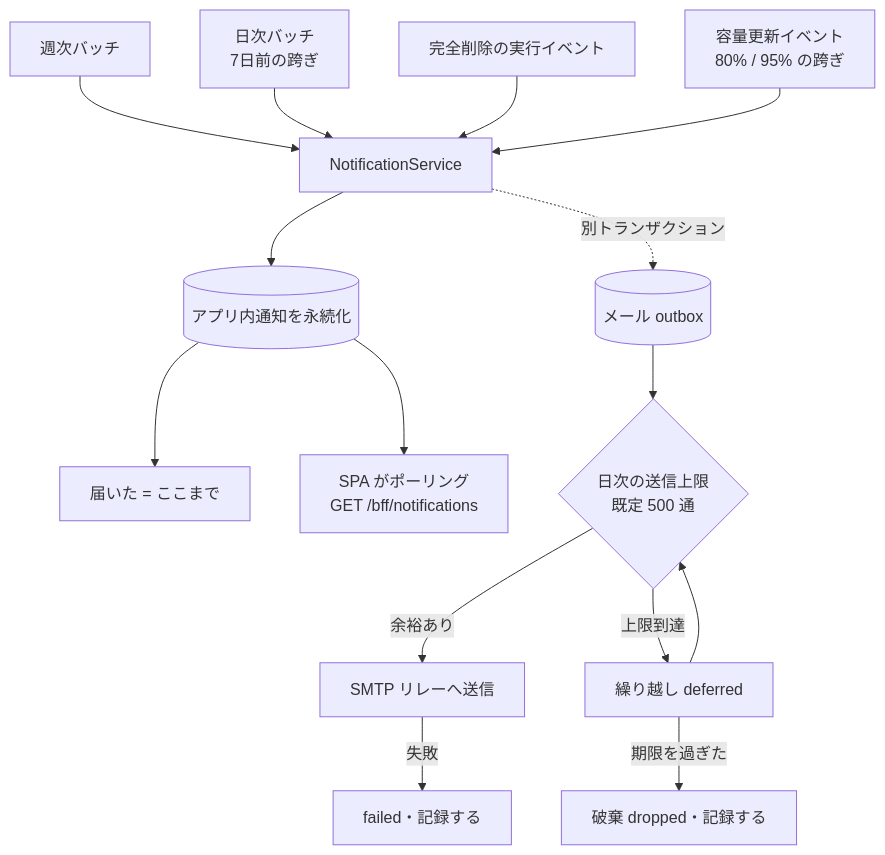
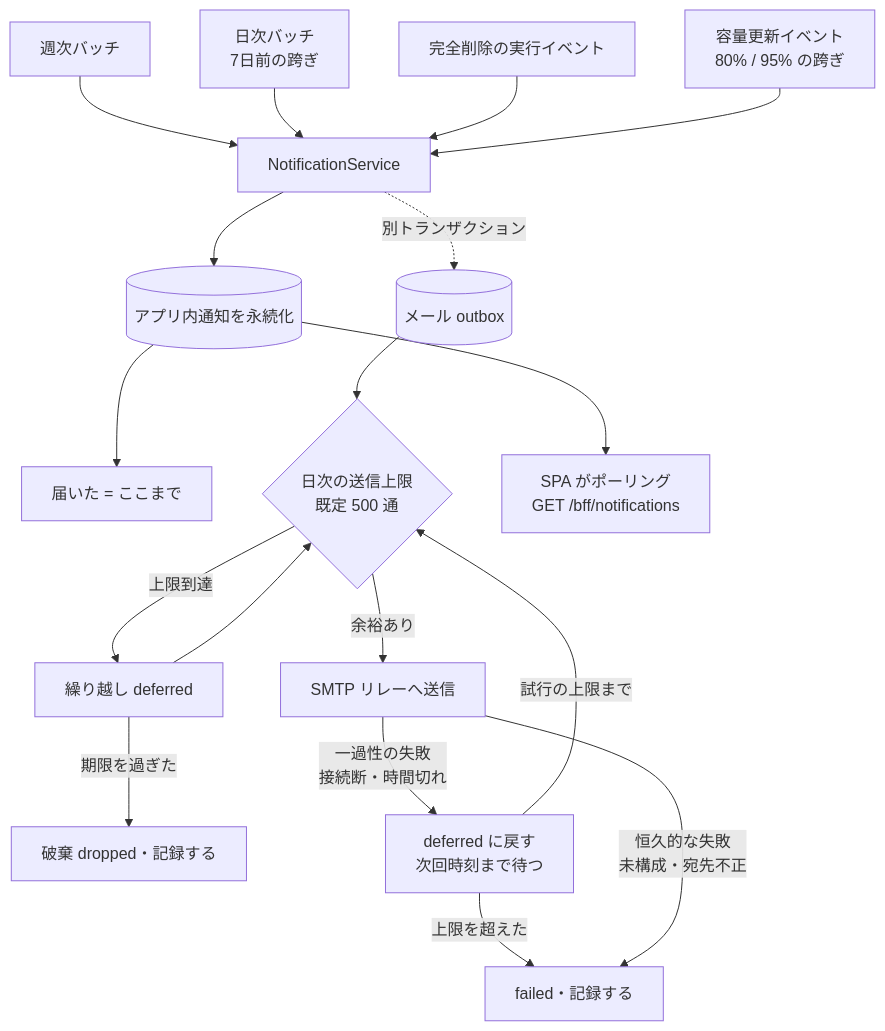
The diagram in docs/functional/FR-22_user-notifications.md (endazon/microservices-platform), drawn with Mermaid before and after one commit. The commit also changed other lines of this file and 18 other files, not shown here.

````diff
--- a/docs/functional/FR-22_user-notifications.md
+++ b/docs/functional/FR-22_user-notifications.md
@@ -135,17 +135,20 @@
 ```mermaid
 flowchart TD
   T1[週次バッチ] --> G[NotificationService]
   T2[日次バッチ<br/>7日前の跨ぎ] --> G
   E1[完全削除の実行イベント] --> G
   E2[容量更新イベント<br/>80% / 95% の跨ぎ] --> G
   G --> N[(アプリ内通知を永続化)]
   N --> OK[届いた = ここまで]
   G -.別トランザクション.-> O[(メール outbox)]
   O --> R{日次の送信上限<br/>既定 500 通}
   R -- 余裕あり --> S[SMTP リレーへ送信]
   R -- 上限到達 --> D[繰り越し deferred]
   D --> R
   D -- 期限を過ぎた --> X[破棄 dropped・記録する]
-  S -- 失敗 --> F[failed・記録する]
+  S -- 一過性の失敗<br/>接続断・時間切れ --> RT[deferred に戻す<br/>次回時刻まで待つ]
+  RT -- 試行の上限まで --> R
+  RT -- 上限を超えた --> F
+  S -- 恒久的な失敗<br/>未構成・宛先不正 --> F[failed・記録する]
   N --> P[SPA がポーリング<br/>GET /bff/notifications]
 ```
````
